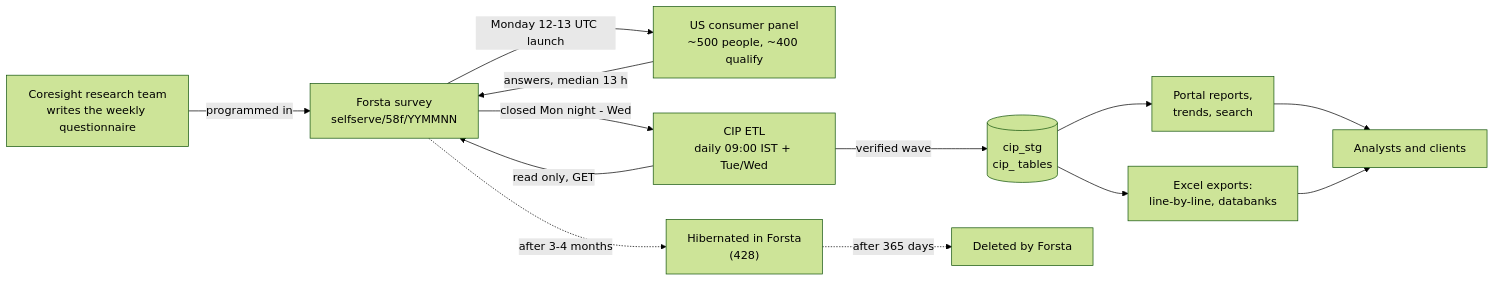
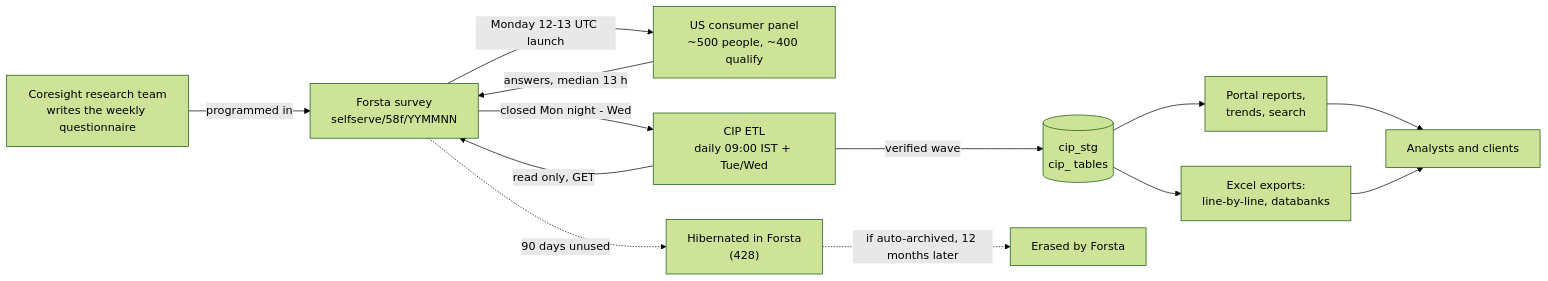
Before and after one commit to saeedafri/consumer-insight-portal: the first of 4 diagrams in docs/business/Business-Description.md, drawn with Mermaid (forest theme). The commit also changed other lines of this file and 64 other files, not shown here.

````diff
--- a/docs/business/Business-Description.md
+++ b/docs/business/Business-Description.md
@@ -36,15 +36,15 @@
 ```mermaid title="The business process, end to end"
 graph LR
   A["Coresight research team<br/>writes the weekly questionnaire"] -->|"programmed in"| B["Forsta survey<br/>selfserve/58f/YYMMNN"]
   B -->|"Monday 12-13 UTC launch"| C["US consumer panel<br/>~500 people, ~400 qualify"]
   C -->|"answers, median 13 h"| B
   B -->|"closed Mon night - Wed"| D["CIP ETL<br/>daily 09:00 IST + Tue/Wed"]
   D -->|"read only, GET"| B
   D -->|"verified wave"| E[("cip_stg<br/>cip_ tables")]
   E --> F["Portal reports,<br/>trends, search"]
   E --> G["Excel exports:<br/>line-by-line, databanks"]
   F --> H["Analysts and clients"]
   G --> H
-  B -.->|"after 3-4 months"| I["Hibernated in Forsta<br/>(428)"]
-  I -.->|"after 365 days"| J["Deleted by Forsta"]
+  B -.->|"90 days unused"| I["Hibernated in Forsta<br/>(428)"]
+  I -.->|"if auto-archived, 12 months later"| J["Erased by Forsta"]
 ```
````
